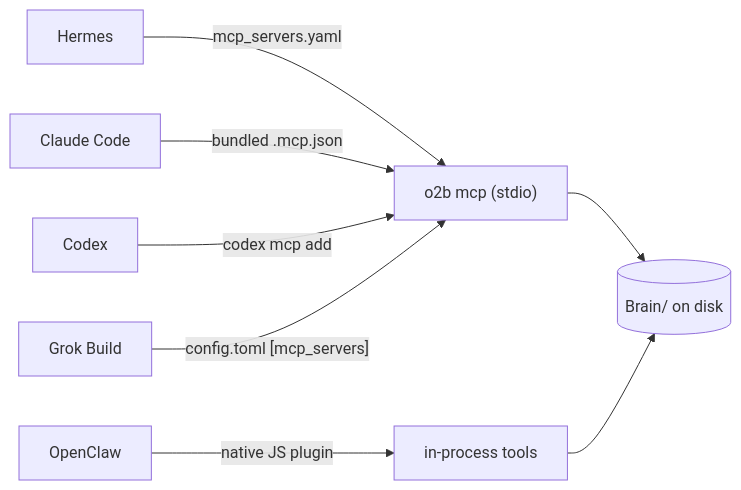
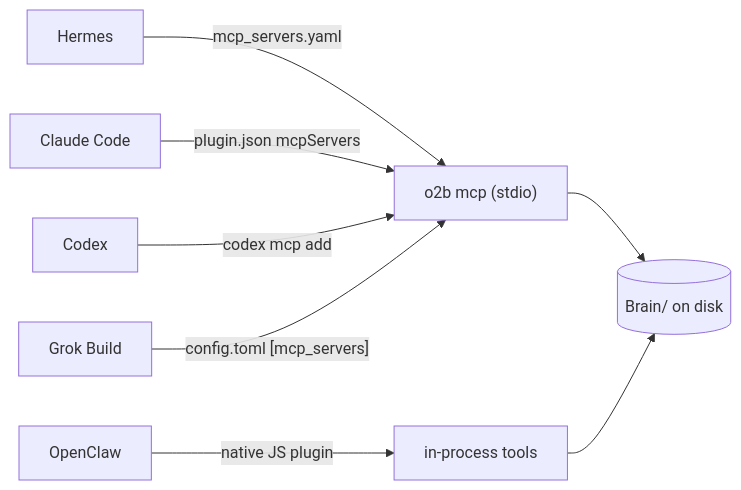
One commit to itechmeat/open-second-brain changed the ninth of 12 diagrams in docs/how-it-works.md. Above: the diagram before and after it, drawn with Mermaid. The commit also changed other lines of this file and 9 other files, not shown here.

First line of the commit message:
fix: declare Claude Code MCP servers inline in plugin.json

````diff
--- a/docs/how-it-works.md
+++ b/docs/how-it-works.md
@@ -900,10 +900,10 @@
 ```mermaid
 graph LR
     Hermes -- "mcp_servers.yaml" --> Stdio["o2b mcp (stdio)"]
-    ClaudeCode["Claude Code"] -- "bundled .mcp.json" --> Stdio
+    ClaudeCode["Claude Code"] -- "plugin.json mcpServers" --> Stdio
     Codex -- "codex mcp add" --> Stdio
     GrokBuild["Grok Build"] -- "config.toml [mcp_servers]" --> Stdio
     OpenClaw -- "native JS plugin" --> InProc["in-process tools"]
     Stdio --> Vault[(Brain/ on disk)]
     InProc --> Vault
 ```
````
